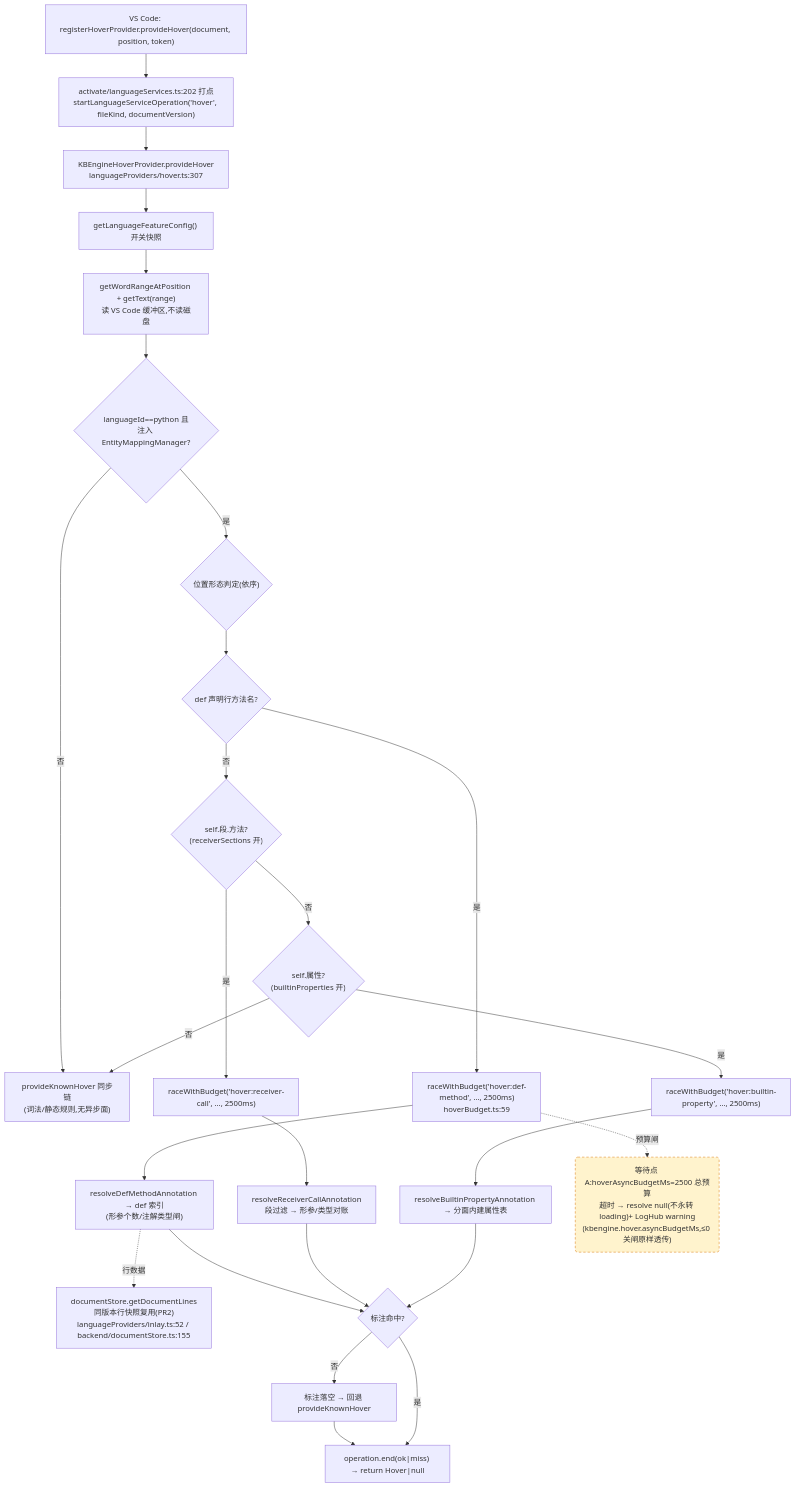
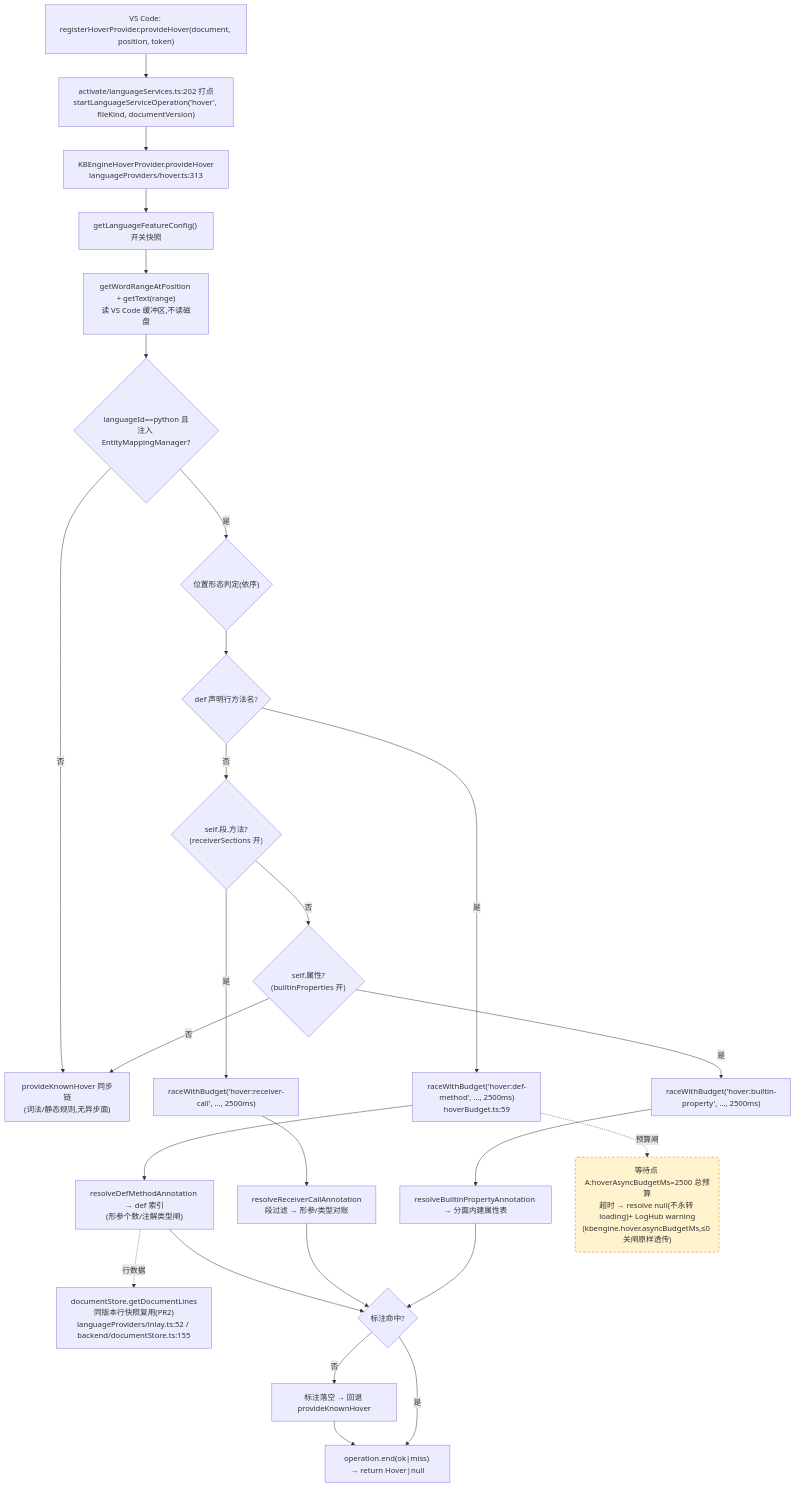
The first of 4 diagrams in docs/perf/2026-baseline.md (cuihairu/kode), drawn with Mermaid before and after one commit. The commit also changed other lines of this file and 14 other files, not shown here.

````diff
--- a/docs/perf/2026-baseline.md
+++ b/docs/perf/2026-baseline.md
@@ -87,45 +87,45 @@
 ```mermaid
 flowchart TD
   VC1["VS Code: registerHoverProvider.provideHover(document, position, token)"]
   M1["activate/languageServices.ts:202 打点<br/>startLanguageServiceOperation('hover', fileKind, documentVersion)"]
-  HP["KBEngineHoverProvider.provideHover<br/>languageProviders/hover.ts:307"]
+  HP["KBEngineHoverProvider.provideHover<br/>languageProviders/hover.ts:313"]
   CFG["getLanguageFeatureConfig() 开关快照"]
   WORD["getWordRangeAtPosition + getText(range)<br/>读 VS Code 缓冲区,不读磁盘"]
   BR{"languageId==python 且<br/>注入 EntityMappingManager?"}
   KN["provideKnownHover 同步链<br/>(词法/静态规则,无异步面)"]
   POS{"位置形态判定(依序)"}
   D1{"def 声明行方法名?"}
   D2{"self.段.方法?<br/>(receiverSections 开)"}
   D3{"self.属性?<br/>(builtinProperties 开)"}
   RA1["raceWithBudget('hover:def-method', …, 2500ms)<br/>hoverBudget.ts:59"]
   RA2["raceWithBudget('hover:receiver-call', …, 2500ms)"]
   RA3["raceWithBudget('hover:builtin-property', …, 2500ms)"]
   RS1["resolveDefMethodAnnotation → def 索引<br/>(形参个数/注解类型闸)"]
   RS2["resolveReceiverCallAnnotation<br/>段过滤 → 形参/类型对账"]
   RS3["resolveBuiltinPropertyAnnotation → 分面内建属性表"]
   LINES["documentStore.getDocumentLines<br/>同版本行快照复用(PR2)<br/>languageProviders/inlay.ts:52 / backend/documentStore.ts:155"]
   MISS["标注落空 → 回退 provideKnownHover"]
   END1["operation.end(ok|miss) → return Hover|null"]
 
   VC1 --> M1 --> HP --> CFG --> WORD --> BR
   BR -- "否" --> KN
   BR -- "是" --> POS --> D1
   D1 -- "是" --> RA1 --> RS1
   D1 -- "否" --> D2
   D2 -- "是" --> RA2 --> RS2
   D2 -- "否" --> D3
   D3 -- "是" --> RA3 --> RS3
   D3 -- "否" --> KN
   RS1 --> HIT{"标注命中?"}
   RS2 --> HIT
   RS3 --> HIT
   RS1 -.->|行数据| LINES
   HIT -- "否" --> MISS --> END1
   HIT -- "是" --> END1
 
   WAITA("等待点 A:hoverAsyncBudgetMs=2500 总预算<br/>超时 → resolve null(不永转 loading)+ LogHub warning<br/>(kbengine.hover.asyncBudgetMs,≤0 关闸原样透传)")
   RA1 -.->|预算闸| WAITA
 
   classDef waitPoint fill:#fff3cd,stroke:#d97706,stroke-dasharray:5 4;
   class WAITA waitPoint;
 ```
````
